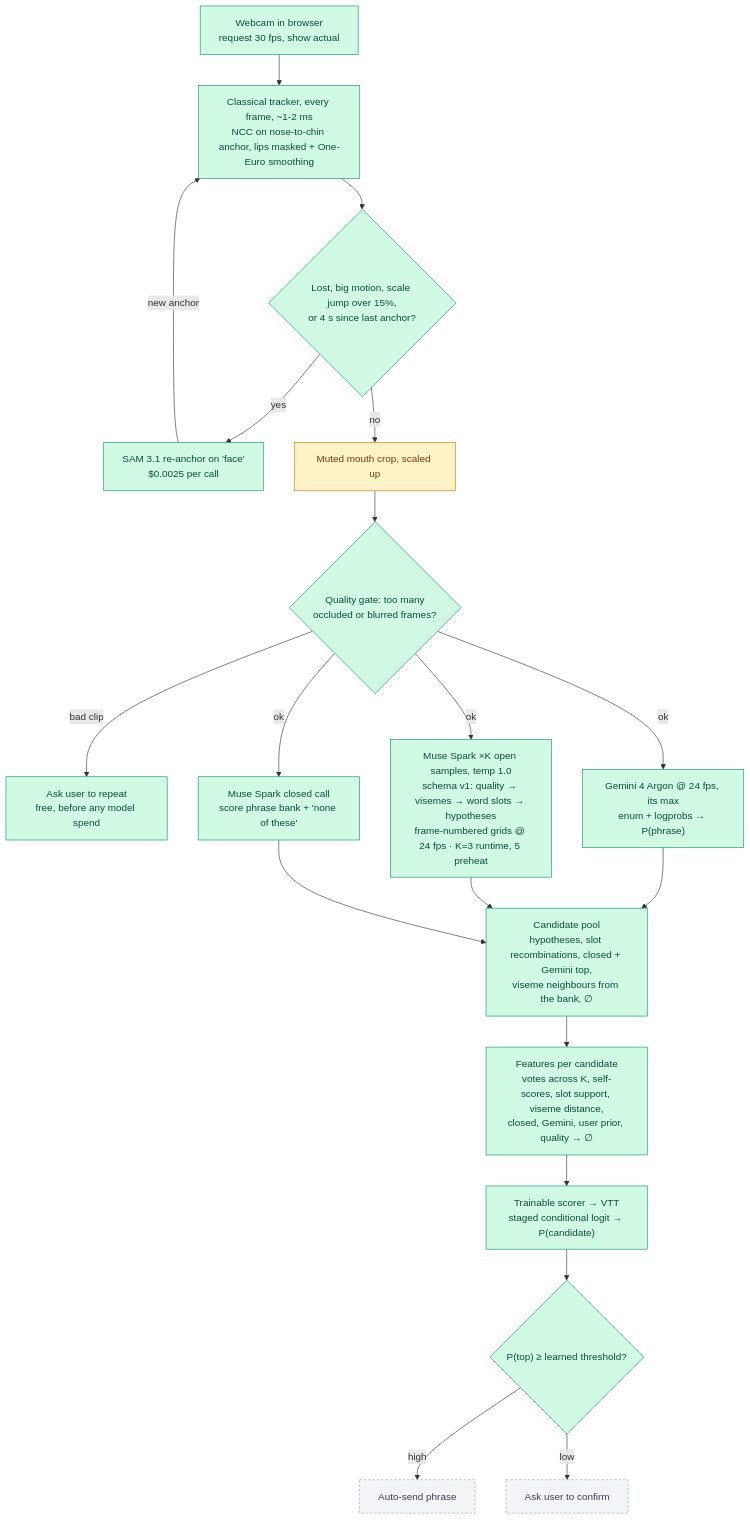
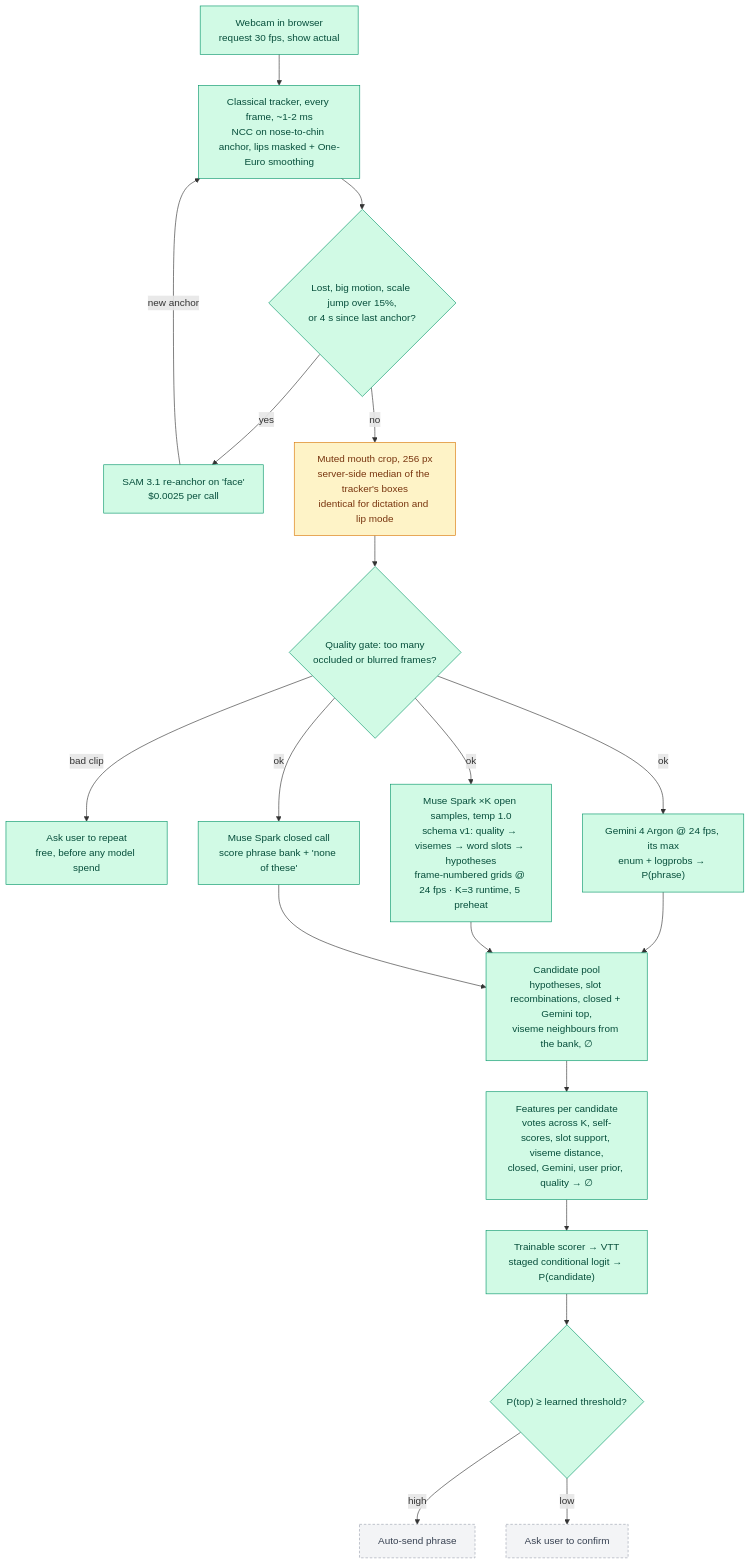
The first of 4 diagrams in docs/pipeline.md (Darijan-Ducic/badge-machine), drawn with Mermaid before and after one commit.

Commit message:
docs: one crop path — tracker boxes, server-side median crop for dictation and lip mode
Training and runtime must feed the models identical crops.

````diff
--- a/docs/pipeline.md
+++ b/docs/pipeline.md
@@ -7,35 +7,35 @@
 ```mermaid
 flowchart TD
   CAM["Webcam in browser<br/>request 30 fps, show actual"]
   TRK["Classical tracker, every frame, ~1-2 ms<br/>NCC on nose-to-chin anchor, lips masked + One-Euro smoothing"]
   TRIG{"Lost, big motion, scale jump over 15%,<br/>or 4 s since last anchor?"}
   SAM["SAM 3.1 re-anchor on 'face'<br/>$0.0025 per call"]
-  CROP["Muted mouth crop, scaled up"]
+  CROP["Muted mouth crop, 256 px<br/>server-side median of the tracker's boxes<br/>identical for dictation and lip mode"]
   QG{"Quality gate: too many<br/>occluded or blurred frames?"}
   REPEAT["Ask user to repeat<br/>free, before any model spend"]
   GEM["Gemini 4 Argon @ 24 fps, its max<br/>enum + logprobs → P(phrase)"]
   MUSEK["Muse Spark ×K open samples, temp 1.0<br/>schema v1: quality → visemes → word slots → hypotheses<br/>frame-numbered grids @ 24 fps · K=3 runtime, 5 preheat"]
   MUSEC["Muse Spark closed call<br/>score phrase bank + 'none of these'"]
   POOL["Candidate pool<br/>hypotheses, slot recombinations, closed + Gemini top,<br/>viseme neighbours from the bank, ∅"]
   FEAT["Features per candidate<br/>votes across K, self-scores, slot support, viseme distance,<br/>closed, Gemini, user prior, quality → ∅"]
   FUSE["Trainable scorer → VTT<br/>staged conditional logit → P(candidate)"]
   GATE{"P(top) ≥ learned threshold?"}
   SEND["Auto-send phrase"]
   CONFIRM["Ask user to confirm"]
 
   CAM --> TRK --> TRIG
   TRIG -- yes --> SAM -- new anchor --> TRK
   TRIG -- no --> CROP --> QG
   QG -- bad clip --> REPEAT
   QG -- ok --> GEM & MUSEK & MUSEC
   GEM & MUSEK & MUSEC --> POOL --> FEAT --> FUSE --> GATE
   GATE -- high --> SEND
   GATE -- low --> CONFIRM
 
   classDef built fill:#d1fae5,stroke:#059669,color:#064e3b
   classDef building fill:#fef3c7,stroke:#d97706,color:#78350f
   classDef planned fill:#f3f4f6,stroke:#9ca3af,color:#374151,stroke-dasharray:4 3
   class CAM,GEM,GATE,SAM,TRK,TRIG,QG,REPEAT,MUSEK,MUSEC,POOL,FEAT,FUSE built
   class CROP building
   class SEND,CONFIRM planned
 ```
````
